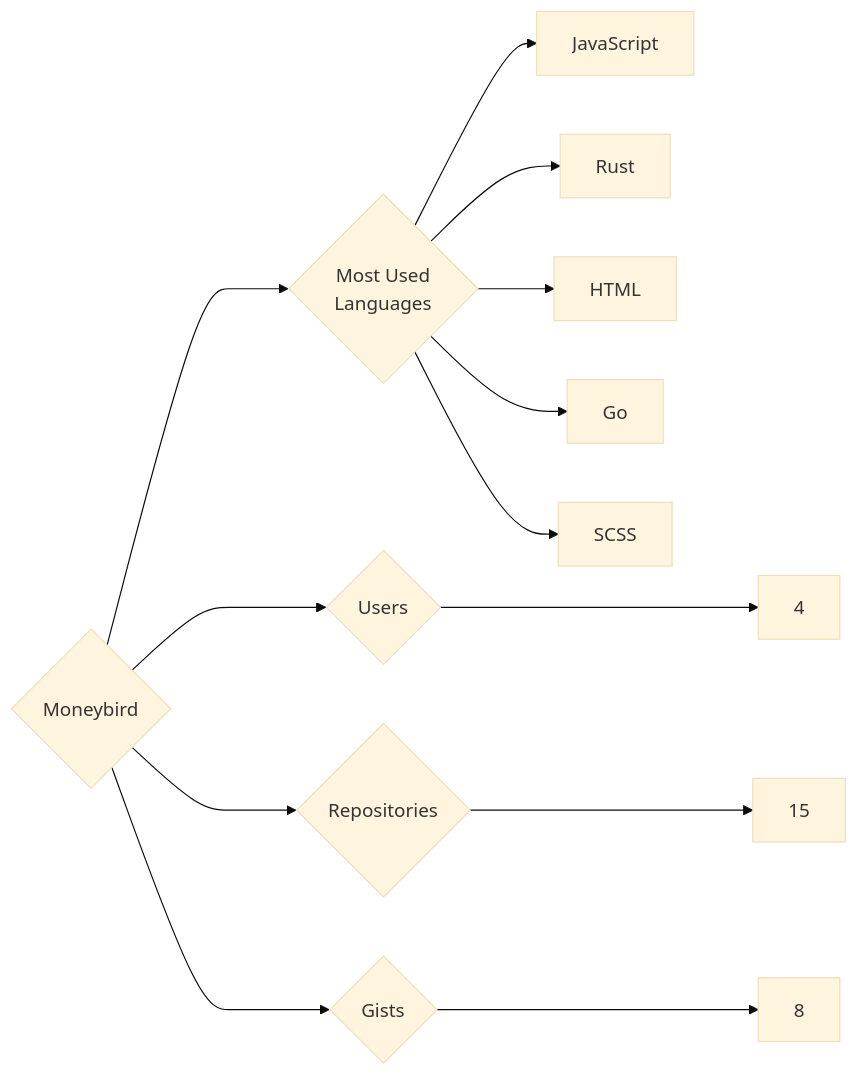
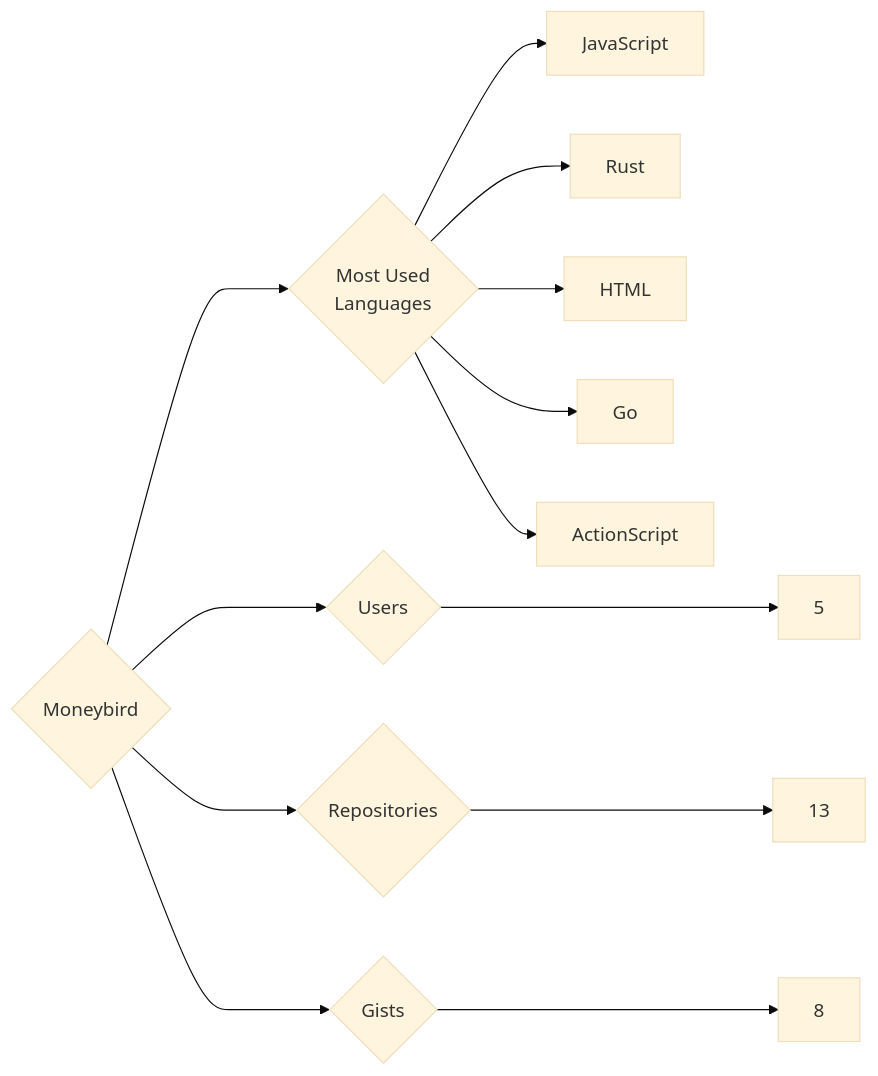
Before and after one commit to trickest/insiders: the diagram in targets/Moneybird/README.md, drawn with Mermaid (base theme). The commit also changed 1484 other files, not shown here.

````diff
--- a/targets/Moneybird/README.md
+++ b/targets/Moneybird/README.md
@@ -3,13 +3,13 @@
 ```mermaid
 graph LR
 COMPANY_NAME{Moneybird}
-COMPANY_NAME ---> U{Users} ---> UN[4]
-COMPANY_NAME ---> R{Repositories} ---> RN[15]
+COMPANY_NAME ---> U{Users} ---> UN[5]
+COMPANY_NAME ---> R{Repositories} ---> RN[13]
 COMPANY_NAME ---> G{Gists} ---> GN[8]
 COMPANY_NAME ---> ML{Most Used<br>Languages}
 ML --> JavaScript[JavaScript]
 ML --> Rust[Rust]
 ML --> HTML[HTML]
 ML --> Go[Go]
-ML --> SCSS[SCSS]
+ML --> ActionScript[ActionScript]
 ```
````
